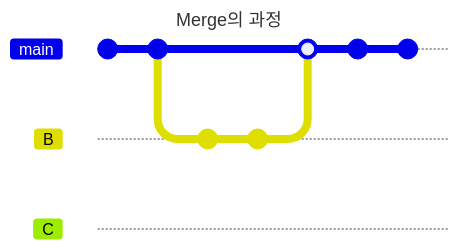
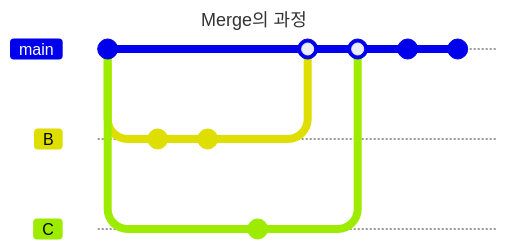
The diagram in Daily/2025-03-12.md (choiexe1/local), drawn with Mermaid before and after one commit. The commit also changed 1 other file, not shown here. Commit ids are hidden.

Commit message:
vault backup: 2025-03-12 10:44:16

````diff
--- a/Daily/2025-03-12.md
+++ b/Daily/2025-03-12.md
@@ -10,17 +10,19 @@
 ```mermaid
 ---
 title: Merge의 과정
 ---
 gitGraph
    commit
-   commit
    branch B
    branch C
    checkout B
    commit
    commit
+   checkout C
+   commit
    checkout main
    merge B
+   merge C
    commit
    commit
 ```
````
